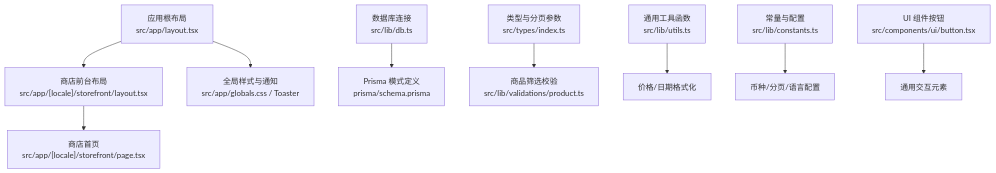
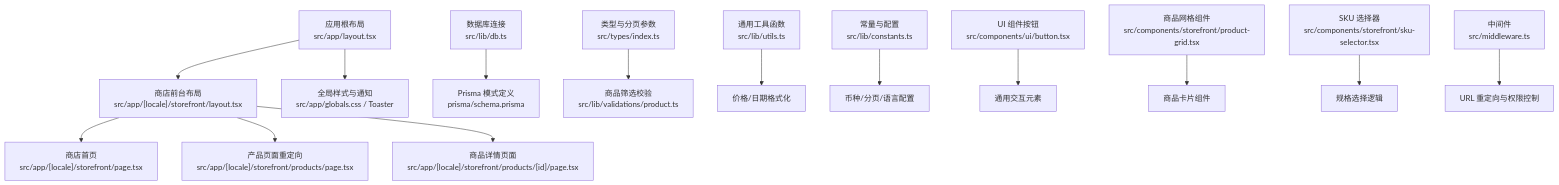
One commit to three3638-arch/celestia_2b changed the first of 8 diagrams in .qoder/repowiki/zh/content/前台商店系统/商品展示系统/商品展示系统.md. Above: the diagram before and after it, drawn with Mermaid. The commit also changed other lines of this file and 25 other files, not shown here.

````diff
--- a/.qoder/repowiki/zh/content/前台商店系统/商品展示系统/商品展示系统.md
+++ b/.qoder/repowiki/zh/content/前台商店系统/商品展示系统/商品展示系统.md
@@ -43,11 +57,16 @@
 ```mermaid
 graph TB
 A["应用根布局<br/>src/app/layout.tsx"] --> B["商店前台布局<br/>src/app/[locale]/storefront/layout.tsx"]
 B --> C["商店首页<br/>src/app/[locale]/storefront/page.tsx"]
-A --> D["全局样式与通知<br/>src/app/globals.css / Toaster"]
-E["数据库连接<br/>src/lib/db.ts"] --> F["Prisma 模式定义<br/>prisma/schema.prisma"]
-G["类型与分页参数<br/>src/types/index.ts"] --> H["商品筛选校验<br/>src/lib/validations/product.ts"]
-I["通用工具函数<br/>src/lib/utils.ts"] --> J["价格/日期格式化"]
-K["常量与配置<br/>src/lib/constants.ts"] --> L["币种/分页/语言配置"]
-M["UI 组件按钮<br/>src/components/ui/button.tsx"] --> N["通用交互元素"]
+B --> D["产品页面重定向<br/>src/app/[locale]/storefront/products/page.tsx"]
+B --> E["商品详情页面<br/>src/app/[locale]/storefront/products/[id]/page.tsx"]
+A --> F["全局样式与通知<br/>src/app/globals.css / Toaster"]
+G["数据库连接<br/>src/lib/db.ts"] --> H["Prisma 模式定义<br/>prisma/schema.prisma"]
+I["类型与分页参数<br/>src/types/index.ts"] --> J["商品筛选校验<br/>src/lib/validations/product.ts"]
+K["通用工具函数<br/>src/lib/utils.ts"] --> L["价格/日期格式化"]
+M["常量与配置<br/>src/lib/constants.ts"] --> N["币种/分页/语言配置"]
+O["UI 组件按钮<br/>src/components/ui/button.tsx"] --> P["通用交互元素"]
+Q["商品网格组件<br/>src/components/storefront/product-grid.tsx"] --> R["商品卡片组件"]
+S["SKU 选择器<br/>src/components/storefront/sku-selector.tsx"] --> T["规格选择逻辑"]
+U["中间件<br/>src/middleware.ts"] --> V["URL 重定向与权限控制"]
 ```
````
